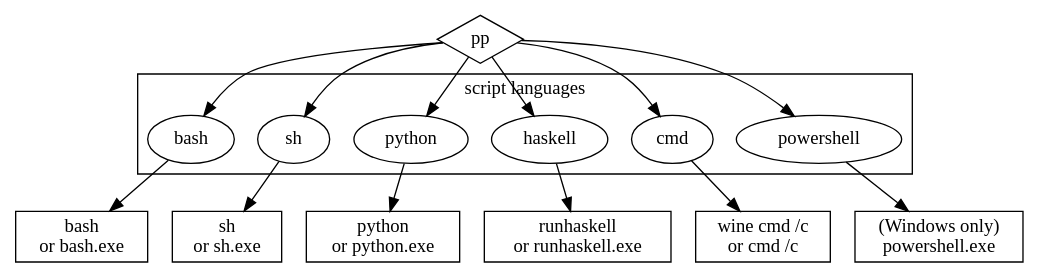
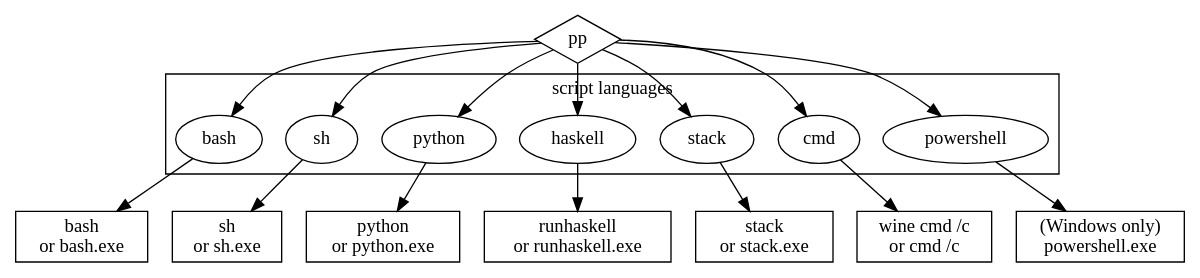
Before and after one commit to CDSoft/pp: the diagram in doc/img/pp-scripts.gv, drawn with Graphviz. The commit also changed 8 other files, not shown here.

Commit message:
Haskell Stack scripts support

```diff
--- a/doc/img/pp-scripts.gv
+++ b/doc/img/pp-scripts.gv
@@ -1,25 +1,27 @@
 
 digraph {
 
     subgraph cluster_cmd {
         label = "script languages"
-        bash sh python haskell cmd powershell
+        bash sh python haskell stack cmd powershell
     }
 
     PP [shape=diamond label="pp"]
-    bash sh cmd python haskell
+    bash sh cmd python haskell stack
     Bash [shape=box label="bash\nor bash.exe"]
     Sh [shape=box label="sh\nor sh.exe"]
     Python [shape=box label="python\nor python.exe"]
     Haskell [shape=box label="runhaskell\nor runhaskell.exe"]
+    Stack [shape=box label="stack\nor stack.exe"]
     Cmd [shape=box label="wine cmd /c\nor cmd /c"]
     PowerShell [shape=box label="(Windows only)\npowershell.exe"]
 
-    PP -> {bash sh python haskell cmd powershell}
+    PP -> {bash sh python haskell stack cmd powershell}
     bash -> Bash
     sh -> Sh
     python -> Python
     haskell -> Haskell
+    stack -> Stack
     cmd -> Cmd
     powershell -> PowerShell
 }
```
